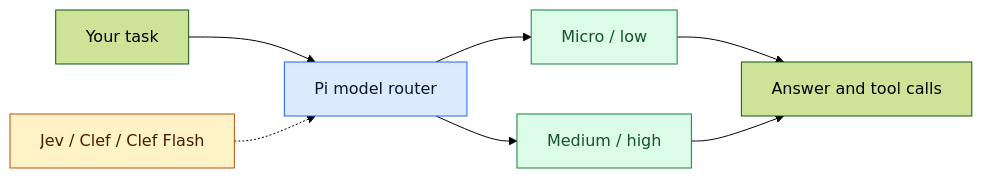
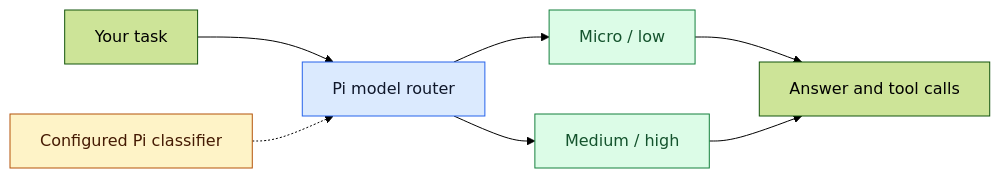
One commit to alexei-led/pi-model-router changed the diagram in README.md. Above: the diagram before and after it, drawn with Mermaid (forest theme). The commit also changed other lines of this file and 48 other files, not shown here.

````diff
--- a/README.md
+++ b/README.md
@@ -30,15 +30,15 @@
 ```mermaid
 flowchart LR
     Task["Your task"] --> Router["Pi model router"]
-    Advisor["Jev / Clef / Clef Flash"] -.-> Router
+    Advisor["Configured Pi classifier"] -.-> Router
     Router --> Light["Micro / low"]
     Router --> Strong["Medium / high"]
     Light --> Answer["Answer and tool calls"]
     Strong --> Answer
     classDef policy fill:#dbeafe,stroke:#2563eb,color:#0f172a
     classDef advisor fill:#fef3c7,stroke:#b45309,color:#451a03
     classDef generation fill:#dcfce7,stroke:#15803d,color:#14532d
     class Router policy
     class Advisor advisor
     class Light,Strong generation
 ```
````
